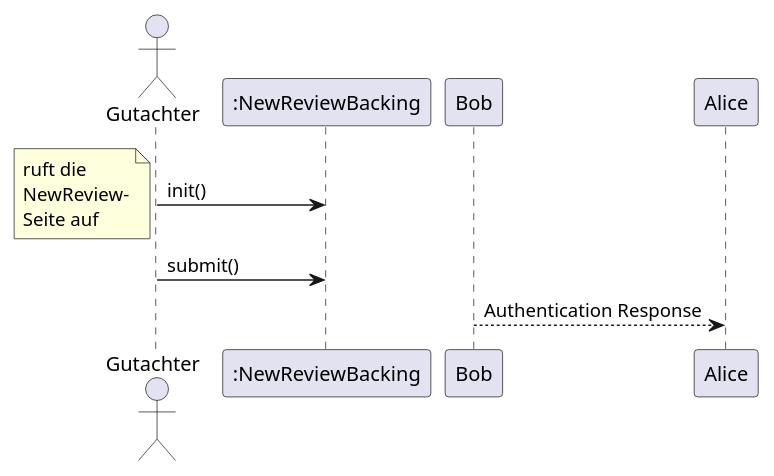
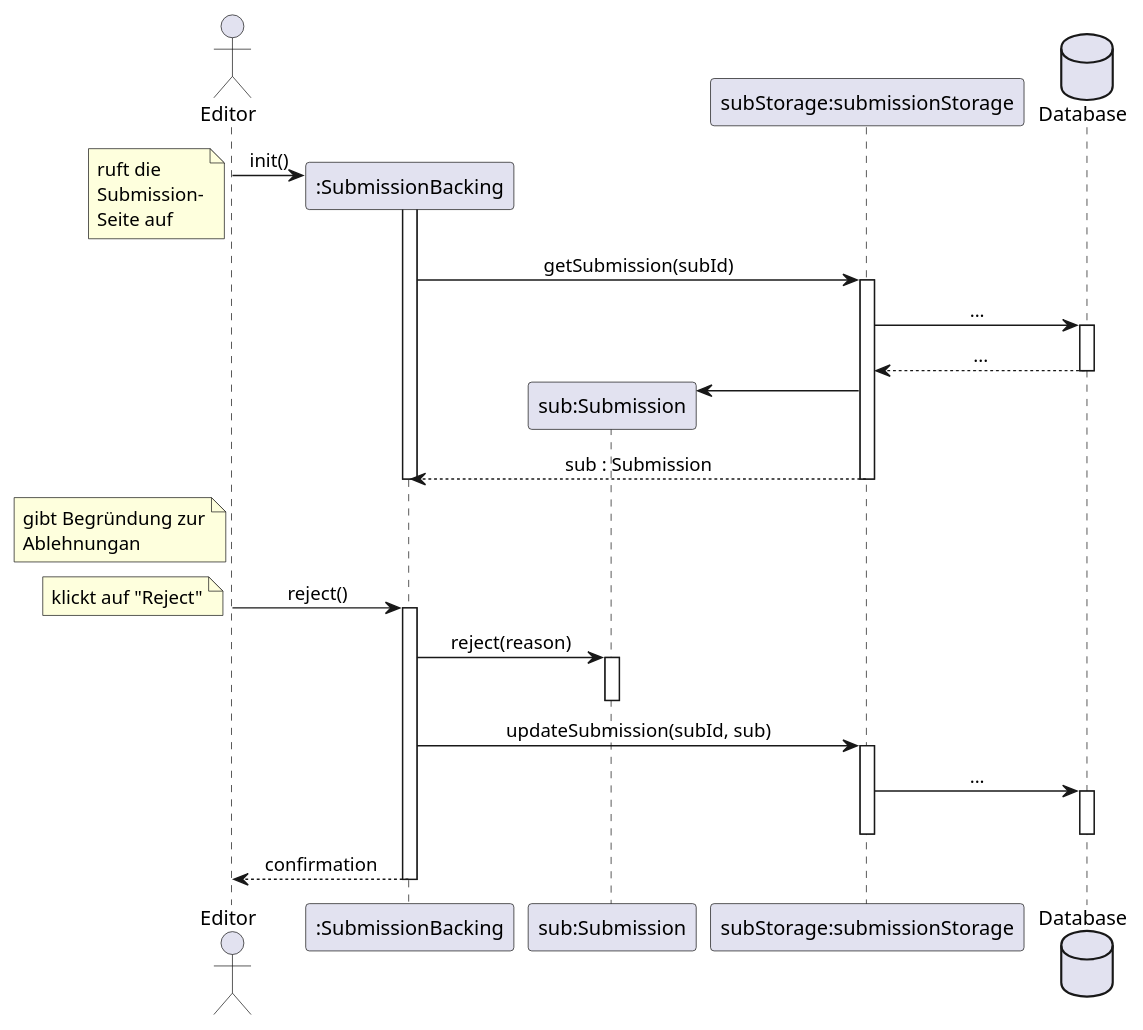
Before and after one commit to guersterst/LasEs: the diagram in docs/Entwurf/puml/reject_submission.puml, drawn with PlantUML. The commit also changed 4 other files, not shown here.

Commit message:
update sequence diagram

```diff
--- a/docs/Entwurf/puml/reject_submission.puml
+++ b/docs/Entwurf/puml/reject_submission.puml
@@ -1,31 +1,67 @@
 @startuml
 'https://plantuml.com/sequence-diagram
 
 '!theme amiga
-'skinparam sequenceMessageAlign center
+skinparam sequenceMessageAlign center
 'autonumber
+'autoactivate on
 
-actor Gutachter as reviewer
-participant ":NewReviewBacking" as newReviewBacking
+actor Editor as editor
+participant ":SubmissionBacking" as submissionBacking
+participant "sub:Submission" as sub
+participant "subStorage:submissionStorage" as subStorage
+database "Database" as db
 
-reviewer -> newReviewBacking: init()
+editor -> submissionBacking ** : init()
 note left
 ruft die
-NewReview-
+Submission-
 Seite auf
 end note
-reviewer -> newReviewBacking: submit()
+activate submissionBacking
+submissionBacking -> subStorage : getSubmission(subId)
+activate subStorage
+subStorage -> db : ...
+activate db
+return ...
+create sub
+subStorage -> sub
+return sub : Submission
+deactivate submissionBacking
 
-Bob --> Alice: Authentication Response
+note left of editor
+gibt Begründung zur
+Ablehnungan
+end note
 
+editor -> submissionBacking : reject()
+note left
+klickt auf "Reject"
+end note
+activate submissionBacking
+submissionBacking -> sub : reject(reason)
+activate sub
+deactivate sub
+submissionBacking -> subStorage : updateSubmission(subId, sub)
+activate subStorage
+subStorage -> db : ...
+activate db
+deactivate db
+deactivate subStorage
+
+return confirmation
+
+
+'Bob --> Alice: Authentication Response
+'
 'activate "Gutachter"
 '
 '"Gutachter" -> Alice: Anfrage
 '
 'Alice -> Bob: Another authentication Request
 'Alice <-- Bob: another authentication Response
 '
 'Alice --> "Gutachter": OK
 
 
 @enduml
```
